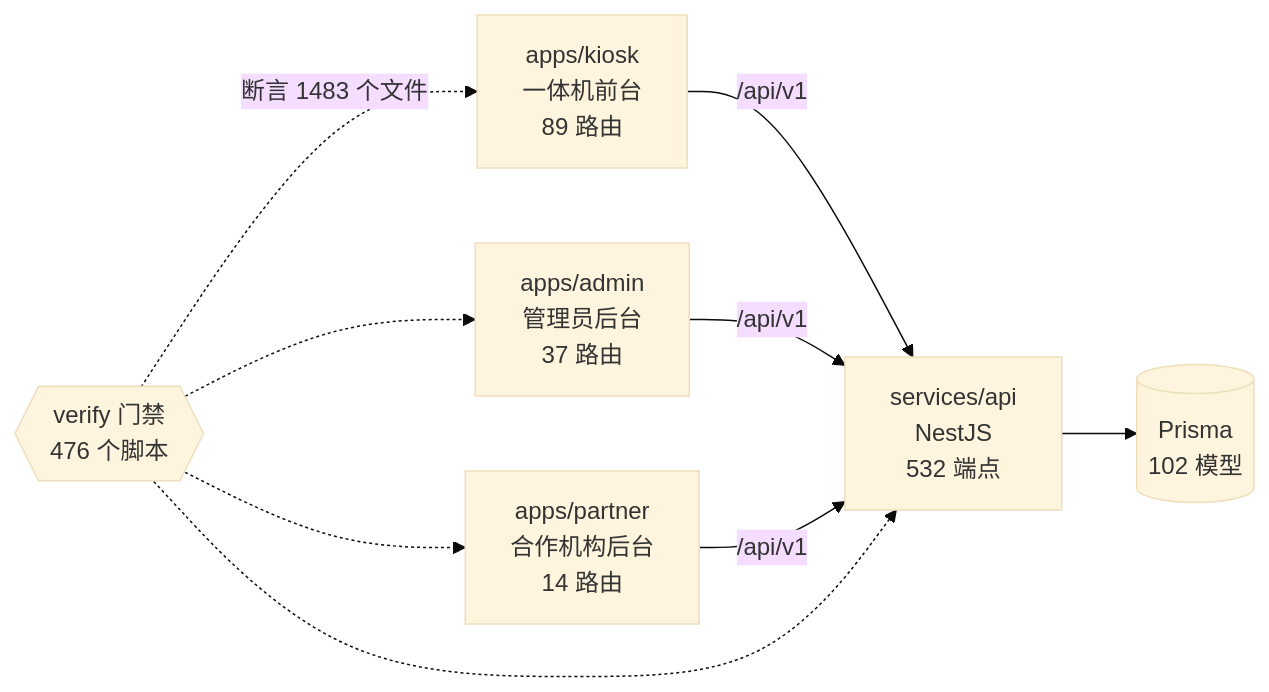
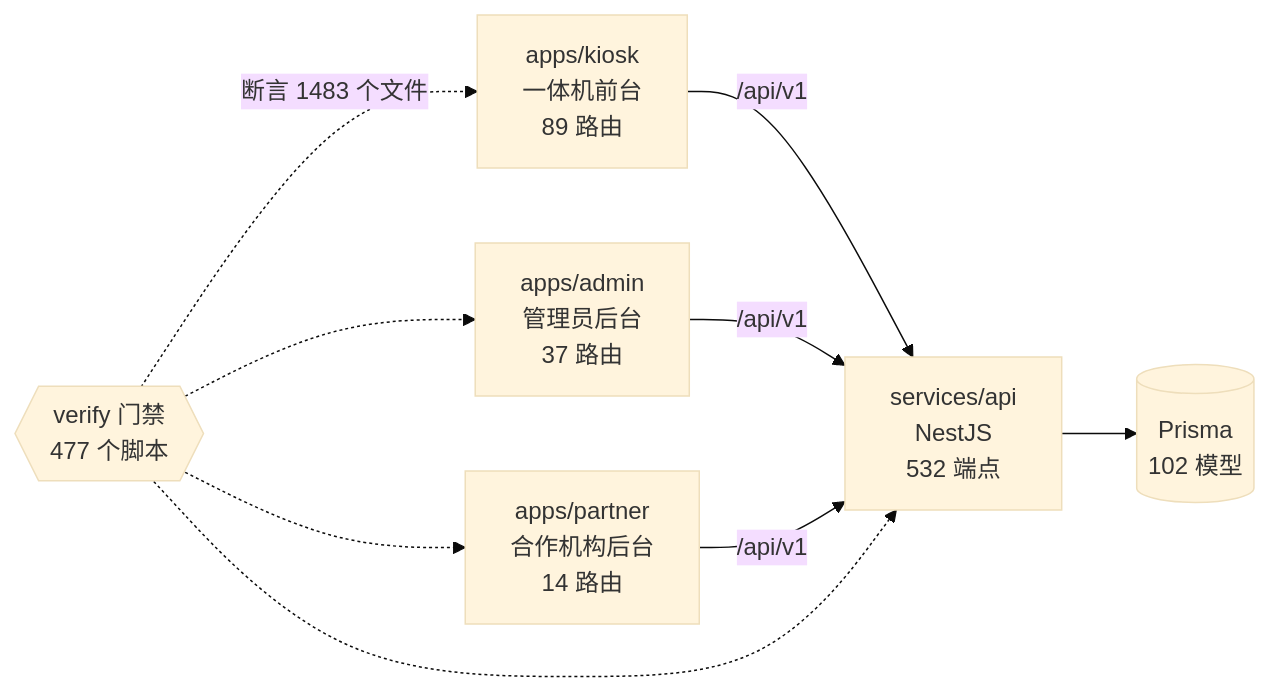
Before and after one commit to wanglei581/YITIJI: the diagram in docs/graph/README.md, drawn with Mermaid (base theme). The commit also changed other lines of this file and 6 other files, not shown here.

````diff
--- a/docs/graph/README.md
+++ b/docs/graph/README.md
@@ -68,18 +68,18 @@
 ```mermaid
 flowchart LR
   kiosk["apps/kiosk<br/>一体机前台<br/>89 路由"]
   admin["apps/admin<br/>管理员后台<br/>37 路由"]
   partner["apps/partner<br/>合作机构后台<br/>14 路由"]
   api["services/api<br/>NestJS<br/>532 端点"]
   db[("Prisma<br/>102 模型")]
-  gates{{"verify 门禁<br/>476 个脚本"}}
+  gates{{"verify 门禁<br/>477 个脚本"}}
 
   kiosk -->|"/api/v1"| api
   admin -->|"/api/v1"| api
   partner -->|"/api/v1"| api
   api --> db
   gates -.->|"断言 1483 个文件"| kiosk
   gates -.-> admin
   gates -.-> partner
   gates -.-> api
 ```
````
